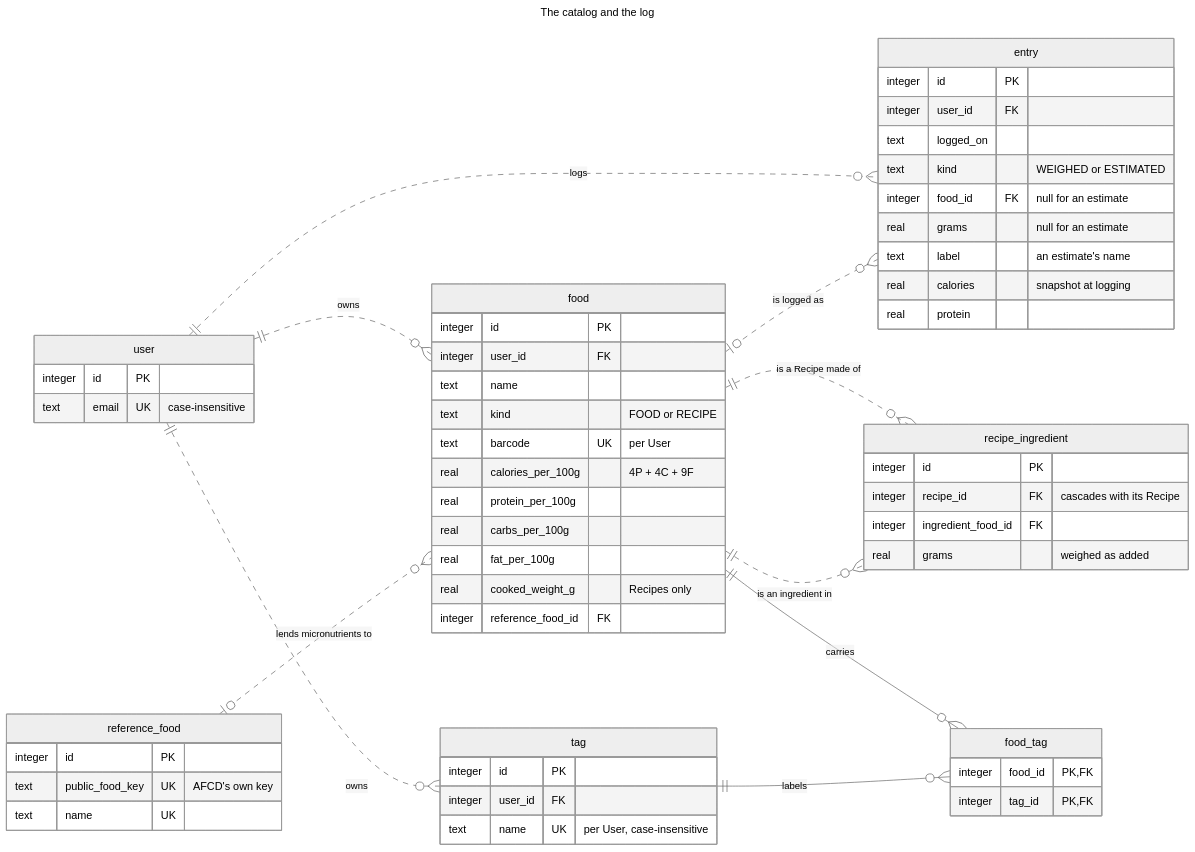
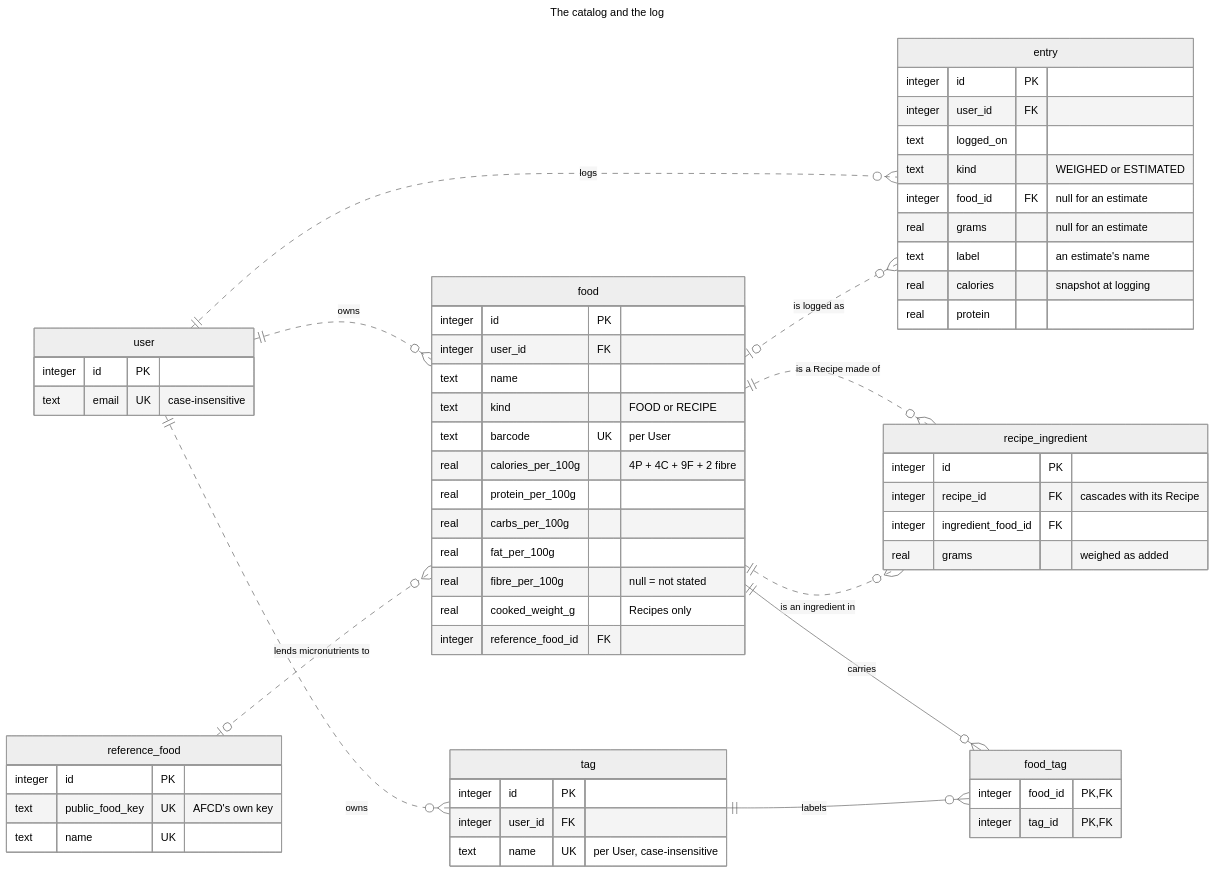
Before and after one commit to skrymer/tucker: the ninth of 10 diagrams in docs/architecture.md, drawn with Mermaid (neutral theme). The commit also changed 35 other files, not shown here.

````diff
--- a/docs/architecture.md
+++ b/docs/architecture.md
@@ -407,66 +407,67 @@
 ```mermaid
 ---
 title: The catalog and the log
 ---
 erDiagram
   direction LR
 
   user ||..o{ food : "owns"
   user ||..o{ entry : "logs"
   user ||..o{ tag : "owns"
   food |o..o{ entry : "is logged as"
   food ||..o{ recipe_ingredient : "is a Recipe made of"
   food ||..o{ recipe_ingredient : "is an ingredient in"
   food ||--o{ food_tag : "carries"
   tag ||--o{ food_tag : "labels"
   reference_food |o..o{ food : "lends micronutrients to"
 
   user {
     integer id PK
     text email UK "case-insensitive"
   }
   food {
     integer id PK
     integer user_id FK
     text name
     text kind "FOOD or RECIPE"
     text barcode UK "per User"
-    real calories_per_100g "4P + 4C + 9F"
+    real calories_per_100g "4P + 4C + 9F + 2 fibre"
     real protein_per_100g
     real carbs_per_100g
     real fat_per_100g
+    real fibre_per_100g "null = not stated"
     real cooked_weight_g "Recipes only"
     integer reference_food_id FK
   }
   recipe_ingredient {
     integer id PK
     integer recipe_id FK "cascades with its Recipe"
     integer ingredient_food_id FK
     real grams "weighed as added"
   }
   entry {
     integer id PK
     integer user_id FK
     text logged_on
     text kind "WEIGHED or ESTIMATED"
     integer food_id FK "null for an estimate"
     real grams "null for an estimate"
     text label "an estimate's name"
     real calories "snapshot at logging"
     real protein
   }
   tag {
     integer id PK
     integer user_id FK
     text name UK "per User, case-insensitive"
   }
   food_tag {
     integer food_id PK, FK
     integer tag_id PK, FK
   }
   reference_food {
     integer id PK
     text public_food_key UK "AFCD's own key"
     text name UK
   }
 ```
````
